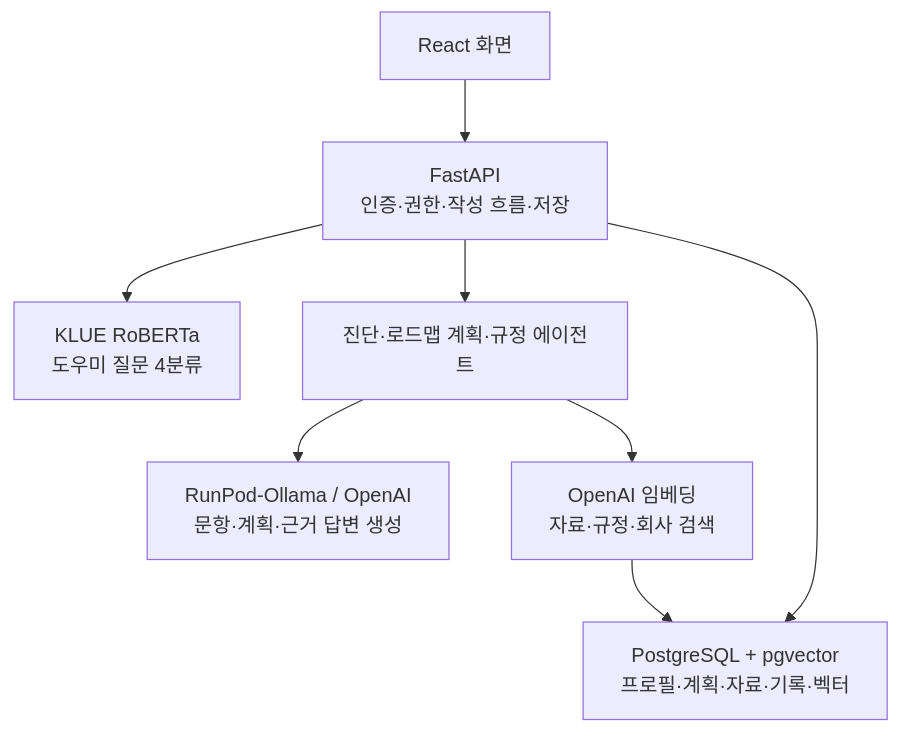
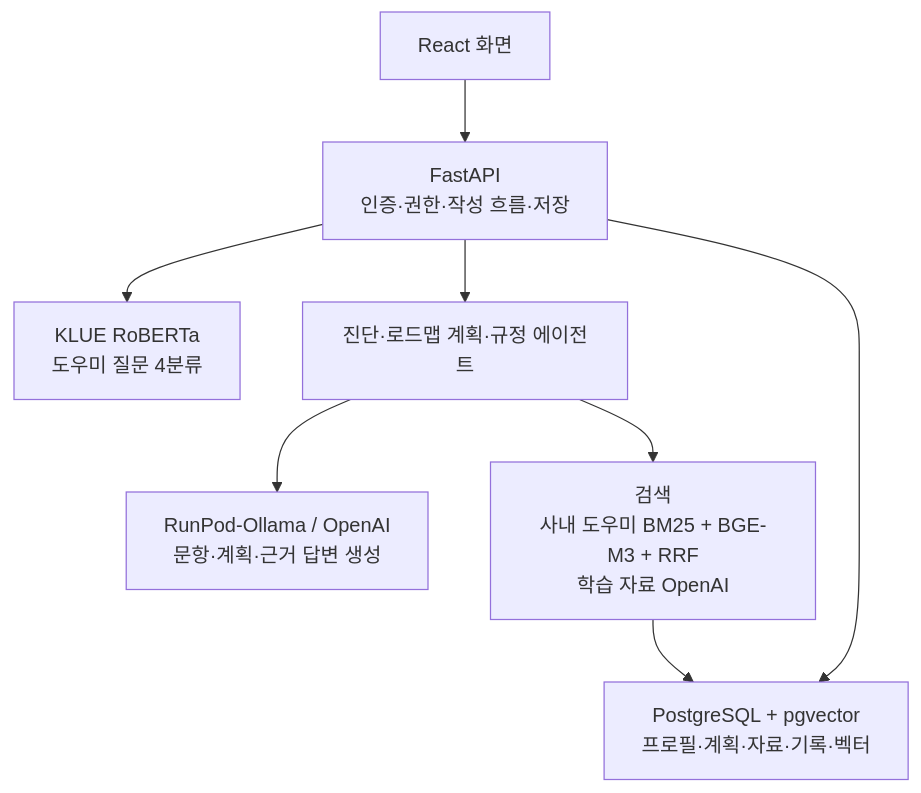
One commit to 20260528-skn-family-ai-33/SKN33-Final-2Team changed the second of 2 diagrams in README.md. Above: the diagram before and after it, drawn with Mermaid. The commit also changed other lines of this file and 23 other files, not shown here.

Commit message:
feat: 사내 도우미 BGE-M3 하이브리드 검색 연결 (#126)

````diff
--- a/README.md
+++ b/README.md
@@ -67,10 +67,10 @@
 ```mermaid
 flowchart TB
     UI["React 화면"] --> API["FastAPI<br/>인증·권한·작성 흐름·저장"]
     API --> CLASSIFIER["KLUE RoBERTa<br/>도우미 질문 4분류"]
     API --> AGENTS["진단·로드맵 계획·규정 에이전트"]
     API --> DB["PostgreSQL + pgvector<br/>프로필·계획·자료·기록·벡터"]
     AGENTS --> LLM["RunPod-Ollama / OpenAI<br/>문항·계획·근거 답변 생성"]
-    AGENTS --> EMBED["OpenAI 임베딩<br/>자료·규정·회사 검색"]
+    AGENTS --> EMBED["검색<br/>사내 도우미 BM25 + BGE-M3 + RRF<br/>학습 자료 OpenAI"]
     EMBED --> DB
 ```
````
